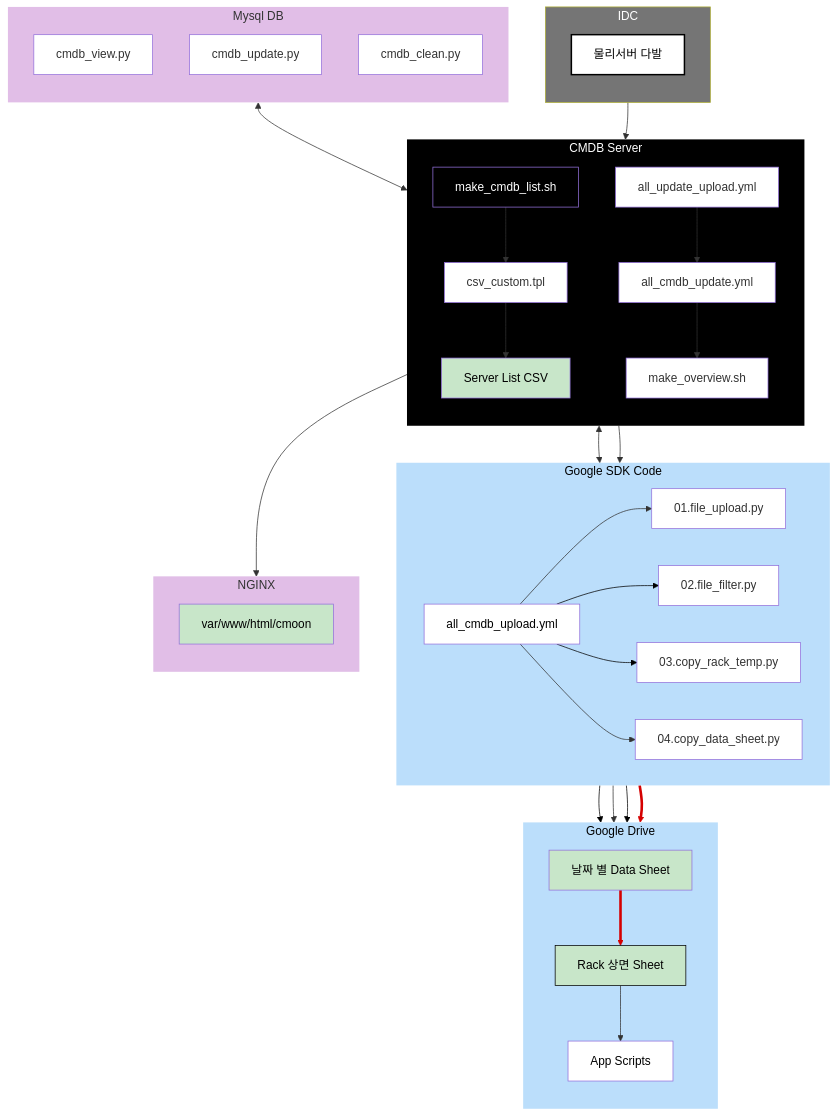
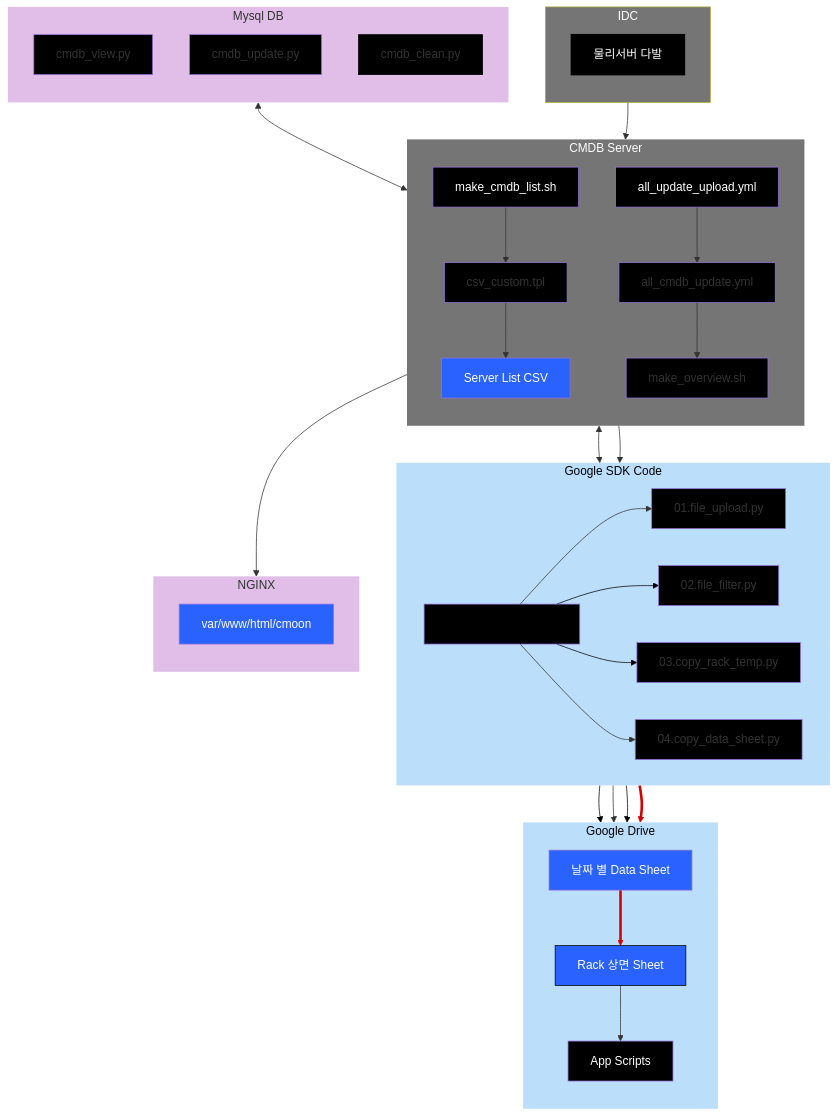
Before and after one commit to Luminous-Flame/blog: the diagram in content/03.Dev/C-Moon/01. 구성 요소.md, drawn with Mermaid. The commit also changed other lines of this file, not shown here.

Commit message:
Update content content/03.Dev/C-Moon/01. 구성 요소.md

```diff
--- a/content/03.Dev/C-Moon/01. 구성 요소.md
+++ b/content/03.Dev/C-Moon/01. 구성 요소.md
@@ -125,49 +125,49 @@
 
   
 
-style IS1 fill:#FFFFFF,stroke:#000000,stroke-width:2px,color:#000000
+style IS1 fill:#000000,stroke:#000000,stroke-width:2px,color:#FFFFFF
 
 style CMDB1 fill:#000000,color:#FFFFFF
 
-style n14 fill:#FFFFFF
+style n14 fill:#000000
 
-style n13 fill:#FFFFFF
+style n13 fill:#000000
 
-style n12 fill:#FFFFFF
+style n12 fill:#000000
 
-style n15 color:#000000,fill:#C8E6C9
+style n15 color:#FFFFFF,fill:#2962FF
 
-style n17 fill:#FFFFFF
+style n17 fill:#000000,color:#FFFFFF
 
-style UP1 fill:#FFFFFF,color:#000000
+style UP1 fill:#000000,color:#000000
 
-style n6 fill:#FFFFFF
+style n6 fill:#000000
 
-style n7 fill:#FFFFFF
+style n7 fill:#000000
 
-style n8 fill:#FFFFFF
+style n8 fill:#000000
 
-style n9 fill:#FFFFFF
+style n9 fill:#000000
 
-style UP2 color:#000000,fill:#C8E6C9
+style UP2 color:#FFFFFF,fill:#2962FF
 
-style n2 stroke:#000000,fill:#C8E6C9,color:#000000
+style n2 stroke:#000000,fill:#2962FF,color:#FFFFFF
 
-style n3 fill:#FFFFFF,color:#000000
+style n3 fill:#000000,color:#FFFFFF
 
-style n4 fill:#FFFFFF
+style n4 fill:#000000
 
-style UPD1 fill:#FFFFFF
+style UPD1 fill:#000000
 
-style n11 fill:#FFFFFF
+style n11 fill:#000000,stroke:#000000
 
-style VIEW2 fill:#C8E6C9,color:#000000
+style VIEW2 fill:#2962FF,color:#FFFFFF
 
 style CMDB_View fill:#E1BEE7,stroke:none,stroke-width:2px
 
 style CMDB_Update fill:#E1BEE7,stroke:none,stroke-width:2px
 
-style s2 fill:#000000,stroke:none,color:#FFFFFF
+style s2 fill:#757575,stroke:none,color:#FFFFFF
 
 style IDC_Server fill:#757575,color:#FFFFFF
 
```
